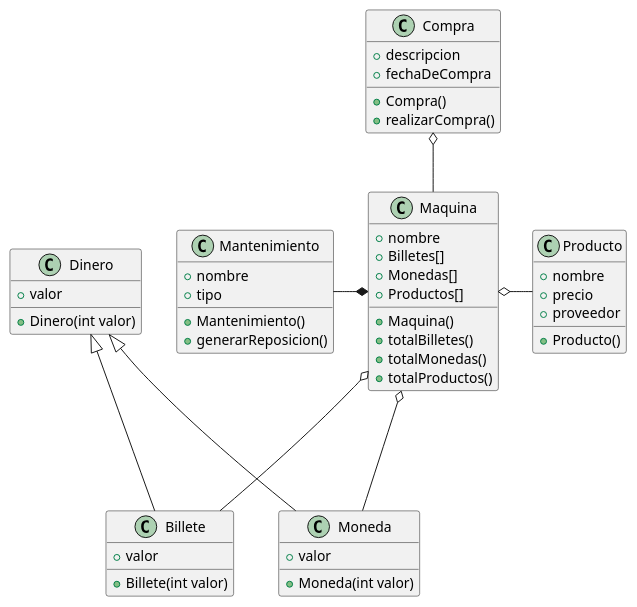
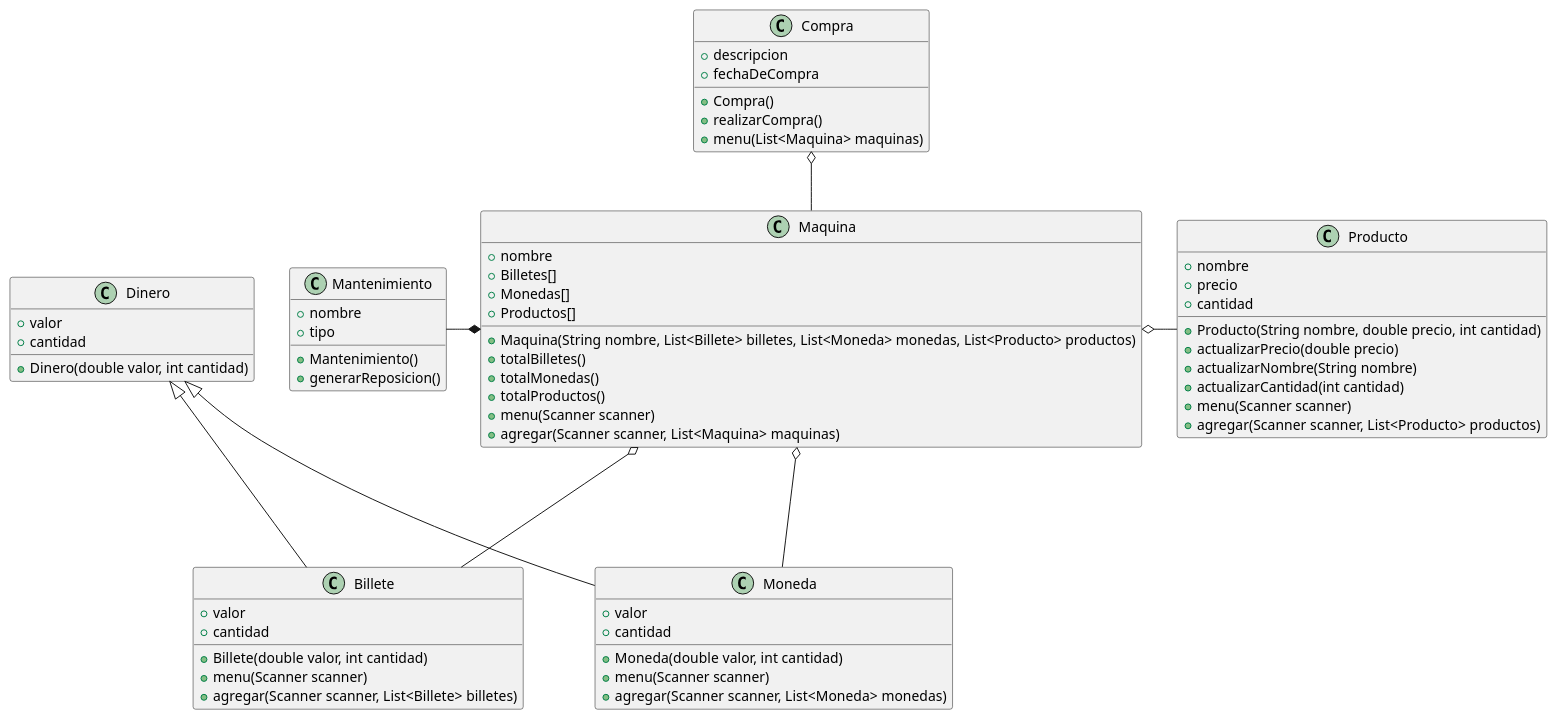
The diagram in Grupo2/diagrama-de-clases/clases.plantuml (mmasias/IdSw2-22-23), drawn with PlantUML before and after one commit. The commit also changed 8 other files, not shown here.

```diff
--- a/Grupo2/diagrama-de-clases/clases.plantuml
+++ b/Grupo2/diagrama-de-clases/clases.plantuml
@@ -1,66 +1,81 @@
 @startuml modelo-de-dominio
 class Compra {
     + descripcion
     + fechaDeCompra
 
     + Compra()
     + realizarCompra()
+    + menu(List<Maquina> maquinas)
 }
 
 class Maquina {
     + nombre
     + Billetes[]
     + Monedas[]
     + Productos[]
 
-    + Maquina()
+    + Maquina(String nombre, List<Billete> billetes, List<Moneda> monedas, List<Producto> productos)
     + totalBilletes()
     + totalMonedas()
     + totalProductos()
+    + menu(Scanner scanner)
+    + agregar(Scanner scanner, List<Maquina> maquinas)
 
 }
 
 class Billete {
     + valor
+    + cantidad
 
-    + Billete(int valor)
+    + Billete(double valor, int cantidad)
+    + menu(Scanner scanner)
+    + agregar(Scanner scanner, List<Billete> billetes)
 }
 
 class Moneda {
     + valor
+    + cantidad
 
-    + Moneda(int valor)
+    + Moneda(double valor, int cantidad)
+    + menu(Scanner scanner)
+    + agregar(Scanner scanner, List<Moneda> monedas)
 }
 
 class Producto {
     + nombre
     + precio
-    + proveedor
+    + cantidad
 
-    + Producto()
+    + Producto(String nombre, double precio, int cantidad)
+    + actualizarPrecio(double precio)
+    + actualizarNombre(String nombre)
+    + actualizarCantidad(int cantidad)
+    + menu(Scanner scanner)
+    + agregar(Scanner scanner, List<Producto> productos)
 }
 
 class Dinero {
     + valor
+    + cantidad
 
-    + Dinero(int valor)
+    + Dinero(double valor, int cantidad)
 }
 
 class Mantenimiento {
     + nombre
     + tipo
 
     + Mantenimiento()
     + generarReposicion()
 }
 
 Maquina -u-o Compra
 Maquina *--l Mantenimiento
 Maquina o---r Producto
 Maquina o--- Billete
 Maquina o--- Moneda
 
 Dinero <|--- Billete
 Dinero <|--- Moneda
 
 @enduml
```
